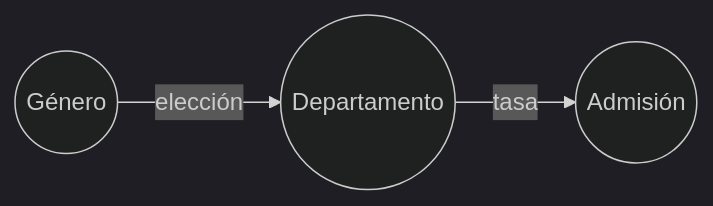
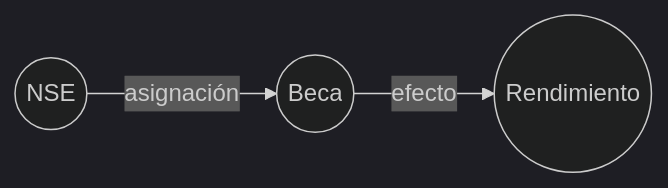
The first of 8 diagrams in clase/11_grafos_causales/01_estructuras_causales.md (KarolCisneros/ia_p26), drawn with Mermaid (dark theme) before and after one commit. The commit also changed other lines of this file and 3 other files, not shown here.

````diff
--- a/clase/11_grafos_causales/01_estructuras_causales.md
+++ b/clase/11_grafos_causales/01_estructuras_causales.md
@@ -42,5 +38,5 @@
 ```mermaid
 graph LR
-    G(("Género")) -->|"elección"| D(("Departamento"))
-    D -->|"tasa"| A(("Admisión"))
+    N(("NSE")) -->|"asignación"| B(("Beca"))
+    B -->|"efecto"| R(("Rendimiento"))
 ```
````
